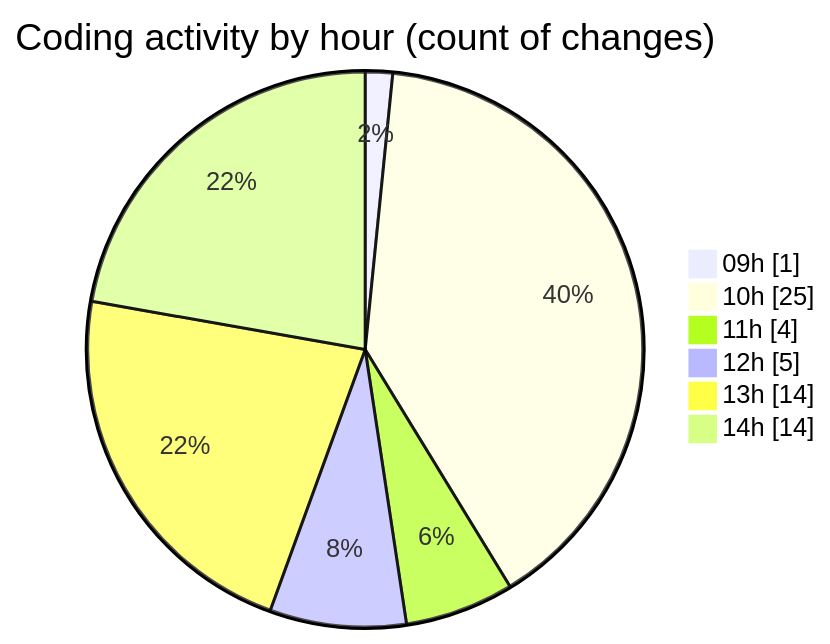
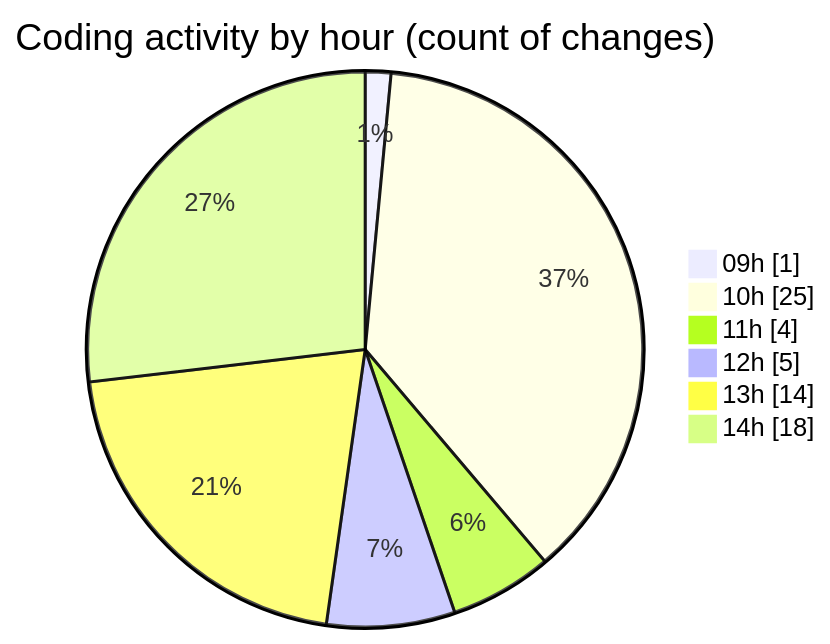
One commit to julien-gomy/code-tracking changed the second of 2 diagrams in 2025-11-17/eventscop-frontend-guide__workspace_/README.md. Above: the diagram before and after it, drawn with Mermaid. The commit also changed other lines of this file and 1 other file, not shown here.

````diff
--- a/2025-11-17/eventscop-frontend-guide__workspace_/README.md
+++ b/2025-11-17/eventscop-frontend-guide__workspace_/README.md
@@ -51,10 +52,10 @@
 ```mermaid
 pie showData
 title Coding activity by hour (count of changes)
 "09h" : 1
 "10h" : 25
 "11h" : 4
 "12h" : 5
 "13h" : 14
-"14h" : 14
+"14h" : 18
 ```
````
